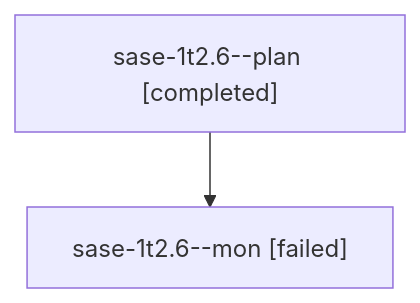
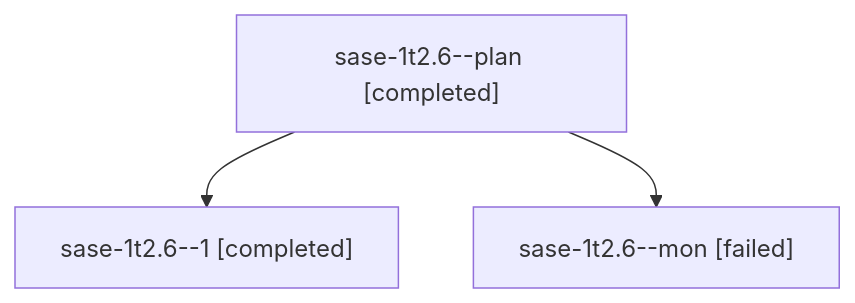
Before and after one commit to sase-org/sase--agents: the diagram in sessions/bbugyi200.athena.sase-1t2.6.md, drawn with Mermaid. The commit also changed other lines of this file and 38 other files, not shown here.

````diff
--- a/sessions/bbugyi200.athena.sase-1t2.6.md
+++ b/sessions/bbugyi200.athena.sase-1t2.6.md
@@ -9,6 +9,8 @@
 ```mermaid
 flowchart TD
   n0["sase-1t2.6--plan [completed]"]
-  n1["sase-1t2.6--mon [failed]"]
+  n1["sase-1t2.6--1 [completed]"]
   n0 --> n1
+  n2["sase-1t2.6--mon [failed]"]
+  n0 --> n2
 ```
````
